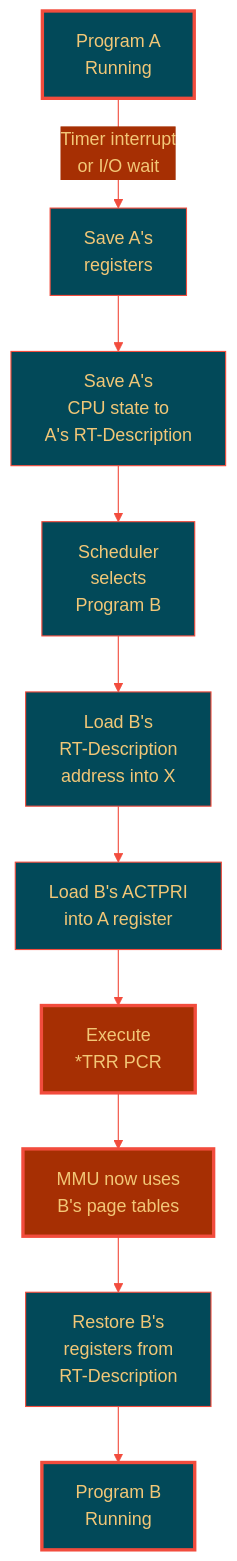
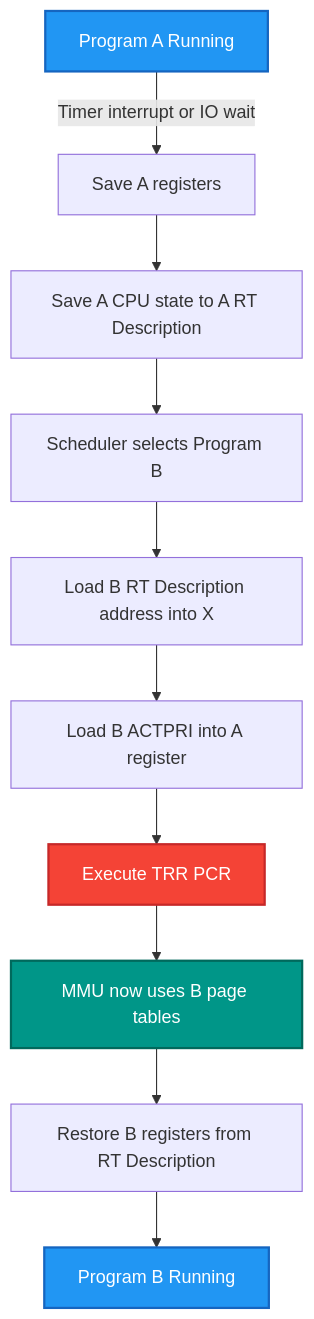
The first of 2 diagrams in SINTRAN/OS/04-MMU-CONTEXT-SWITCHING.md (HackerCorpLabs/NDInsight), drawn with Mermaid before and after one commit. The commit also changed other lines of this file and 19 other files, not shown here.

Commit message:
Updated Mermaid diagrams

````diff
--- a/SINTRAN/OS/04-MMU-CONTEXT-SWITCHING.md
+++ b/SINTRAN/OS/04-MMU-CONTEXT-SWITCHING.md
@@ -92,18 +92,17 @@
 ```mermaid
-%%{init: {'theme':'base', 'themeVariables': {'primaryColor':'#024959','primaryTextColor':'#F2C777','primaryBorderColor':'#F24C3D','lineColor':'#F24C3D','secondaryColor':'#A62F03','tertiaryColor':'#F2E8C6','noteTextColor':'#024959','noteBkgColor':'#F2E8C6','textColor':'#024959','fontSize':'16px'}}}%%
 flowchart TD
-    A[Program A<br/>Running] -->|Timer interrupt<br/>or I/O wait| B[Save A's<br/>registers]
-    B --> C[Save A's<br/>CPU state to<br/>A's RT-Description]
-    C --> D[Scheduler<br/>selects<br/>Program B]
-    D --> E[Load B's<br/>RT-Description<br/>address into X]
-    E --> F[Load B's ACTPRI<br/>into A register]
-    F --> G[Execute<br/>*TRR PCR]
-    G --> H[MMU now uses<br/>B's page tables]
-    H --> I[Restore B's<br/>registers from<br/>RT-Description]
-    I --> J[Program B<br/>Running]
-    
-    style A fill:#024959,stroke:#F24C3D,stroke-width:3px,color:#F2C777
-    style J fill:#024959,stroke:#F24C3D,stroke-width:3px,color:#F2C777
-    style G fill:#A62F03,stroke:#F24C3D,stroke-width:3px,color:#F2C777
-    style H fill:#A62F03,stroke:#F24C3D,stroke-width:3px,color:#F2C777
+    A[Program A Running] -->|Timer interrupt or IO wait| B[Save A registers]
+    B --> C[Save A CPU state to A RT Description]
+    C --> D[Scheduler selects Program B]
+    D --> E[Load B RT Description address into X]
+    E --> F[Load B ACTPRI into A register]
+    F --> G[Execute TRR PCR]
+    G --> H[MMU now uses B page tables]
+    H --> I[Restore B registers from RT Description]
+    I --> J[Program B Running]
+
+    style A fill:#2196F3,stroke:#1565C0,stroke-width:2px,color:#fff
+    style J fill:#2196F3,stroke:#1565C0,stroke-width:2px,color:#fff
+    style G fill:#F44336,stroke:#C62828,stroke-width:2px,color:#fff
+    style H fill:#009688,stroke:#00695C,stroke-width:2px,color:#fff
 ```
````
